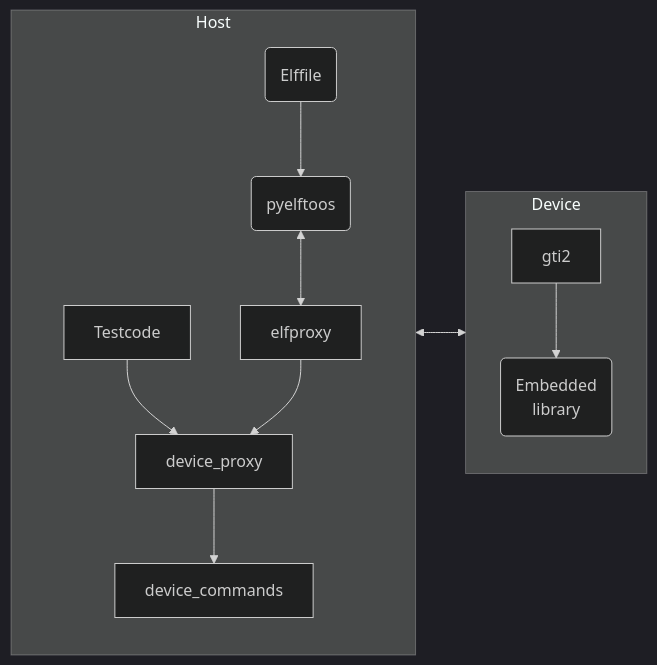
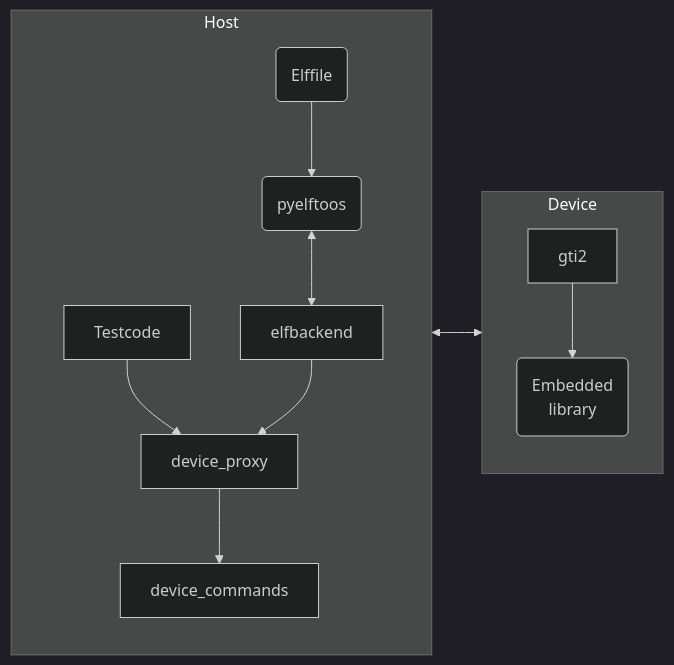
Before and after one commit to hackenbergstefan/pyroxene: the diagram in README.md, drawn with Mermaid (dark theme). The commit also changed other lines of this file, not shown here.

````diff
--- a/README.md
+++ b/README.md
@@ -26,16 +26,16 @@
 ```mermaid
 flowchart LR
     subgraph Device
         direction TB
         gti2 --> A(Embedded\nlibrary)
     end
     subgraph Host
         direction TB
         Testcode --> device_proxy
-        elfproxy --> device_proxy
+        elfbackend --> device_proxy
         device_proxy --> device_commands
         B(Elffile) --> C(pyelftoos)
-        C <--> elfproxy
+        C <--> elfbackend
     end
     device_commands <--> gti2
 ```
````
